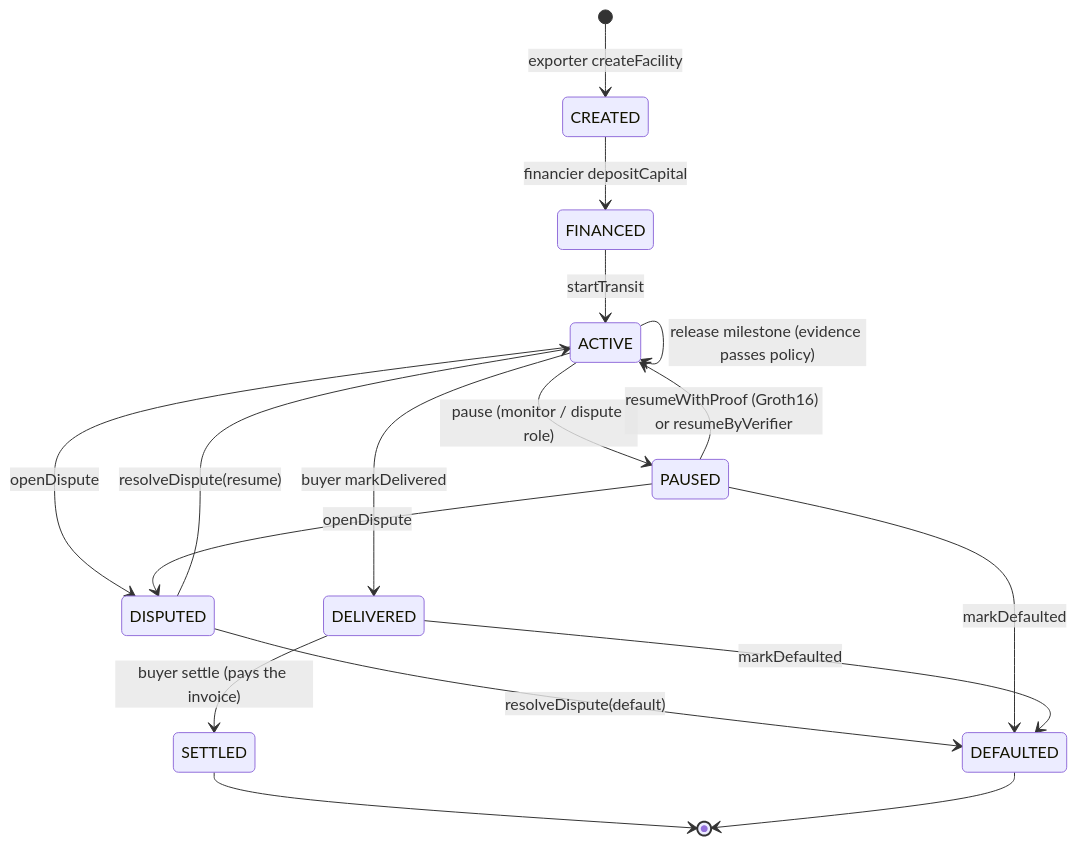
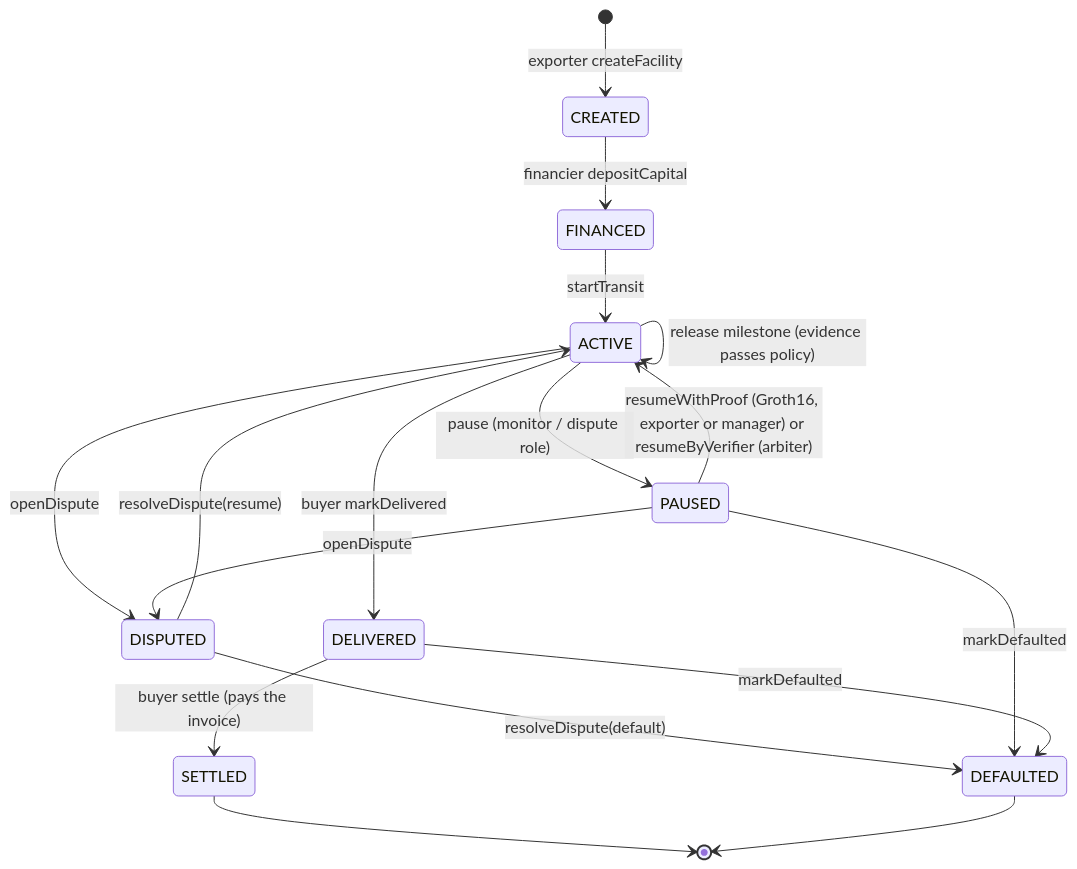
One commit to LSUDOKO/CargoFlow changed the second of 2 diagrams in docs/architecture.md. Above: the diagram before and after it, drawn with Mermaid. The commit also changed other lines of this file, not shown here.

Commit message:
docs: correct the authority matrix for resume, dispute and default roles

````diff
--- a/docs/architecture.md
+++ b/docs/architecture.md
@@ -60,19 +60,19 @@
 ```mermaid
 stateDiagram-v2
     [*] --> CREATED: exporter createFacility
     CREATED --> FINANCED: financier depositCapital
     FINANCED --> ACTIVE: startTransit
     ACTIVE --> ACTIVE: release milestone (evidence passes policy)
     ACTIVE --> PAUSED: pause (monitor / dispute role)
-    PAUSED --> ACTIVE: resumeWithProof (Groth16) or resumeByVerifier
+    PAUSED --> ACTIVE: resumeWithProof (Groth16, exporter or manager) or resumeByVerifier (arbiter)
     ACTIVE --> DISPUTED: openDispute
     PAUSED --> DISPUTED: openDispute
     DISPUTED --> ACTIVE: resolveDispute(resume)
     DISPUTED --> DEFAULTED: resolveDispute(default)
     ACTIVE --> DELIVERED: buyer markDelivered
     DELIVERED --> SETTLED: buyer settle (pays the invoice)
     PAUSED --> DEFAULTED: markDefaulted
     DELIVERED --> DEFAULTED: markDefaulted
     SETTLED --> [*]
     DEFAULTED --> [*]
 ```
````
